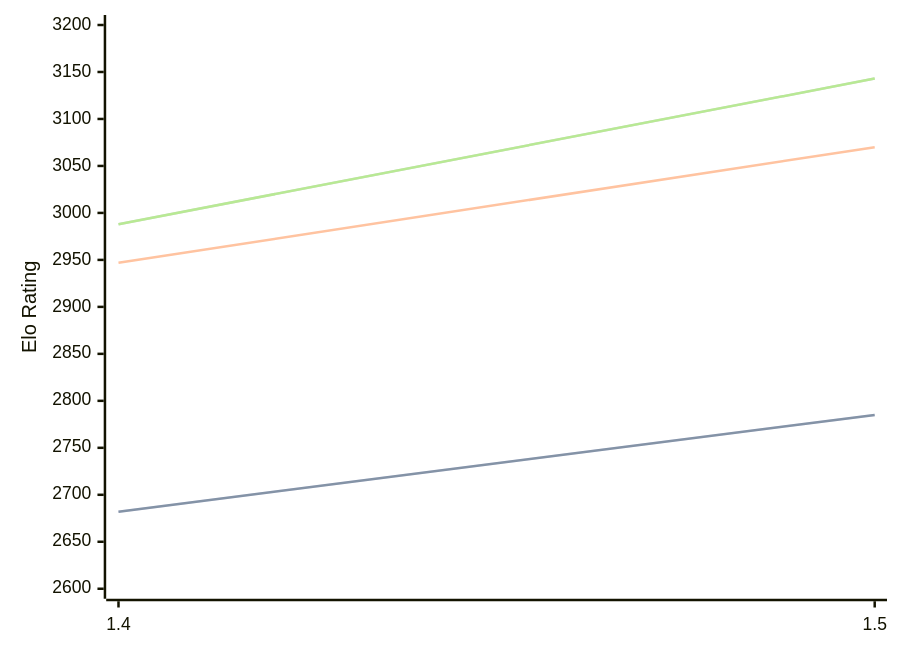
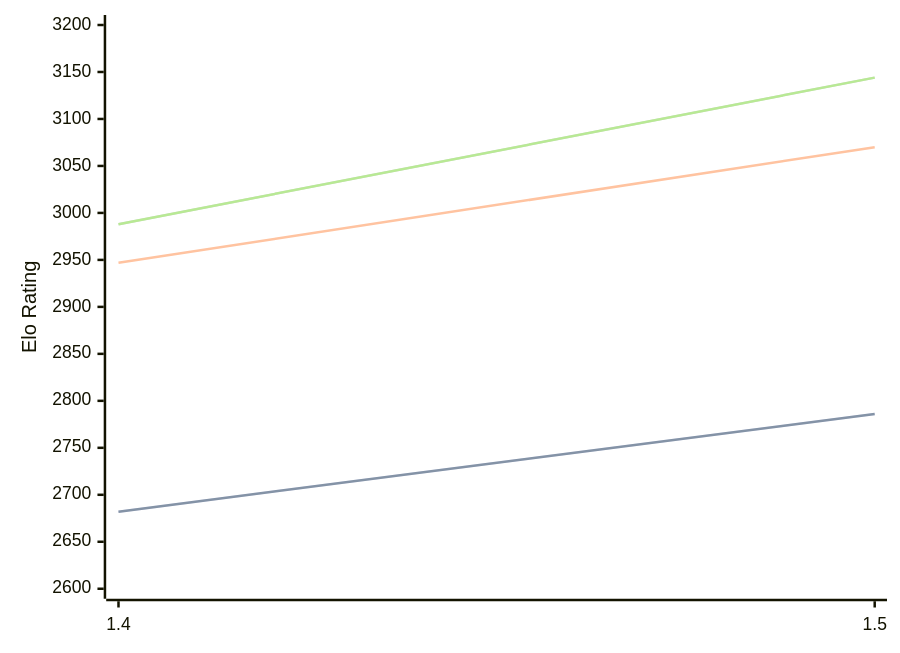
One commit to computer-chess-index/cci changed the diagram in engines/Yakka.md. Above: the diagram before and after it, drawn with Mermaid. The commit also changed other lines of this file, not shown here.

Commit message:
Update CCI Ratings (ELO VLTC) - 2026-03-21

````diff
--- a/engines/Yakka.md
+++ b/engines/Yakka.md
@@ -36,11 +36,11 @@
 ```mermaid
 %%{init: {"theme":"base","themeVariables":{"seriesColors:['#a3a3a3','#222221','#faa371']}}}%%
 xychart-beta
   x-axis ["1.4", "1.5"]
   y-axis "Elo Rating" 2600 --> 3200
-  line "STC (8.0+0.08s)" [2682, 2785]
-  line "STC (8.0+0.08s)" [2682, 2785]
+  line "STC (8.0+0.08s)" [2682, 2786]
+  line "STC (8.0+0.08s)" [2682, 2786]
   line "LTC (60.0+0.60s)" [2947, 3070]
-  line "VLTC (2m24s+1.12s)" [2988, 3143]
-  line "VLTC (2m24s+1.12s)" [2988, 3143]
+  line "VLTC (2m24s+1.12s)" [2988, 3144]
+  line "VLTC (2m24s+1.12s)" [2988, 3144]
 ```
````
